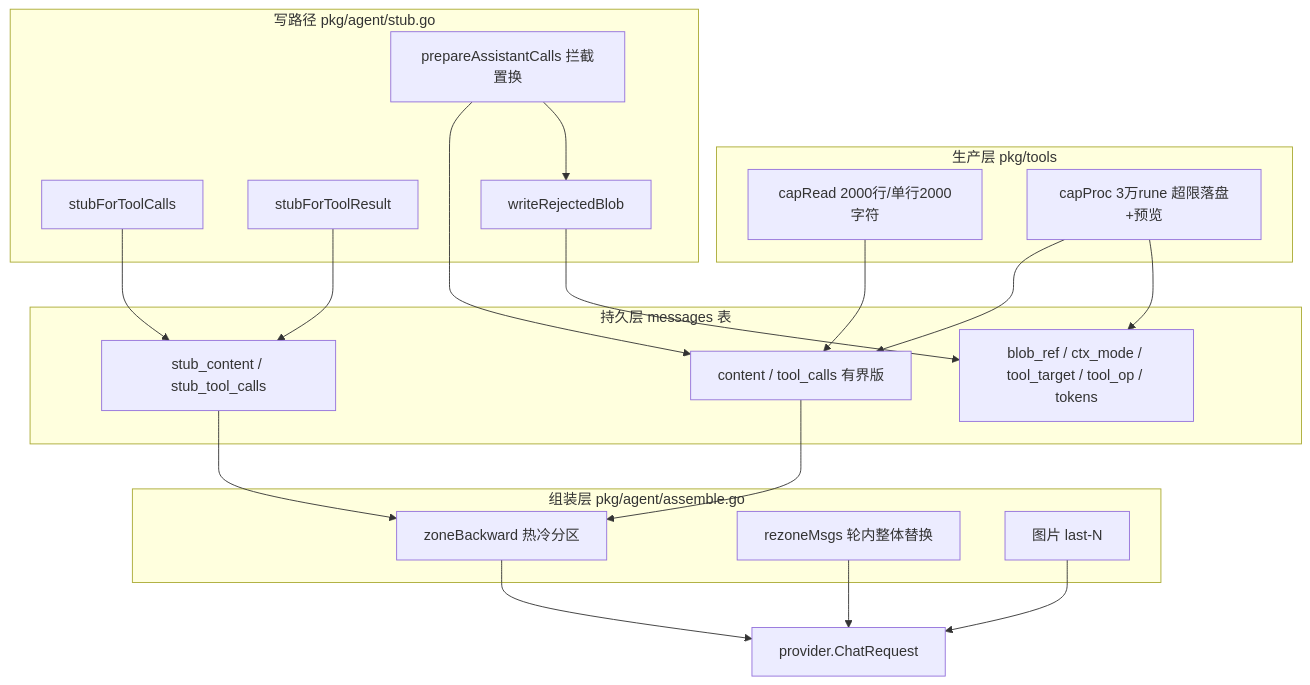
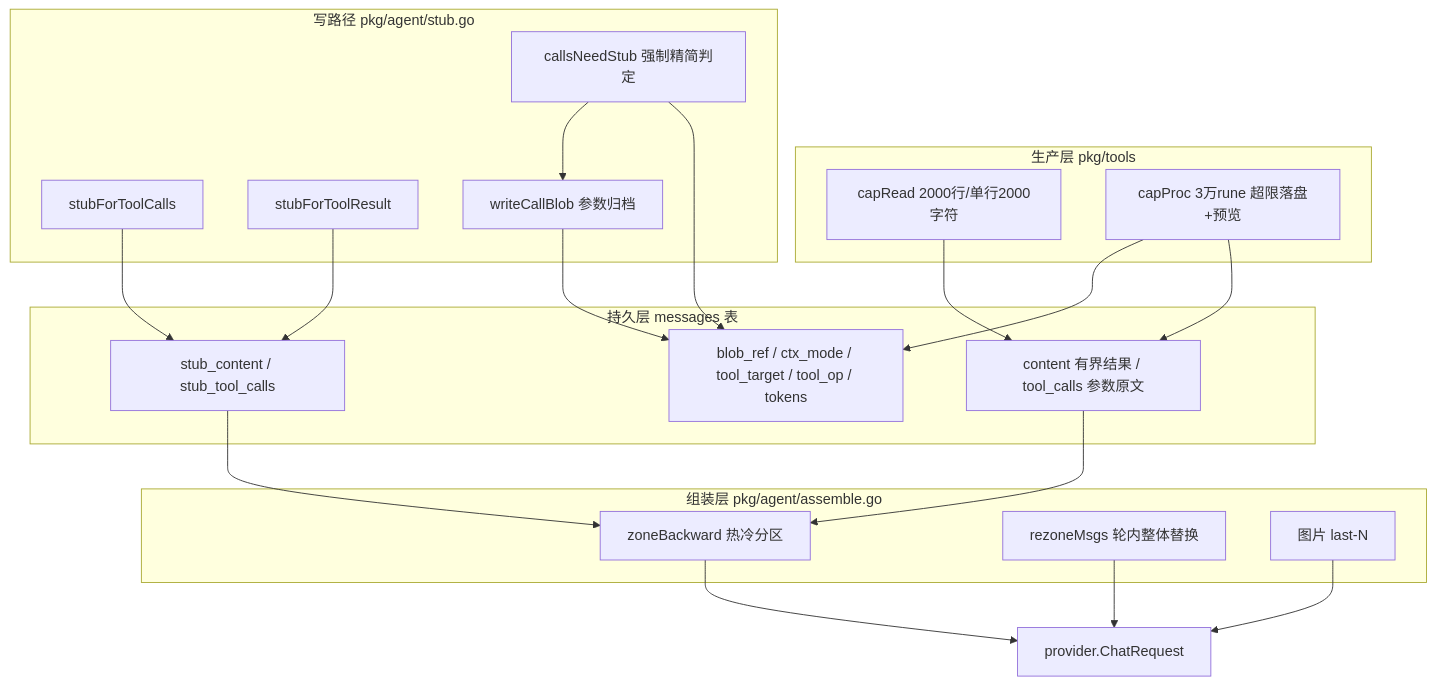
The diagram in specs/context_assembly/README.md (yiyiis/ai-agent), drawn with Mermaid before and after one commit. The commit also changed other lines of this file and 13 other files, not shown here.

````diff
--- a/specs/context_assembly/README.md
+++ b/specs/context_assembly/README.md
@@ -50,36 +50,36 @@
 ```mermaid
 flowchart TD
     subgraph Producer [生产层 pkg/tools]
         CapRead[capRead 2000行/单行2000字符]
         CapProc[capProc 3万rune 超限落盘+预览]
     end
     subgraph WritePath [写路径 pkg/agent/stub.go]
         StubCalls[stubForToolCalls]
         StubResult[stubForToolResult]
-        Reject[prepareAssistantCalls 拦截置换]
-        Blob[writeRejectedBlob]
+        Mode[callsNeedStub 强制精简判定]
+        Blob[writeCallBlob 参数归档]
     end
     subgraph Store [持久层 messages 表]
-        C1[content / tool_calls 有界版]
+        C1[content 有界结果 / tool_calls 参数原文]
         C2[stub_content / stub_tool_calls]
         C3[blob_ref / ctx_mode / tool_target / tool_op / tokens]
     end
     subgraph Assemble [组装层 pkg/agent/assemble.go]
         Zone[zoneBackward 热冷分区]
         Rezone[rezoneMsgs 轮内整体替换]
         Img[图片 last-N]
     end
 
     CapRead --> C1
     CapProc --> C1
     CapProc --> C3
     StubCalls --> C2
     StubResult --> C2
-    Reject --> C1
-    Reject --> Blob --> C3
+    Mode --> C3
+    Mode --> Blob --> C3
     C1 --> Zone
     C2 --> Zone
     Zone --> Req[provider.ChatRequest]
     Rezone --> Req
     Img --> Req
 ```
````
